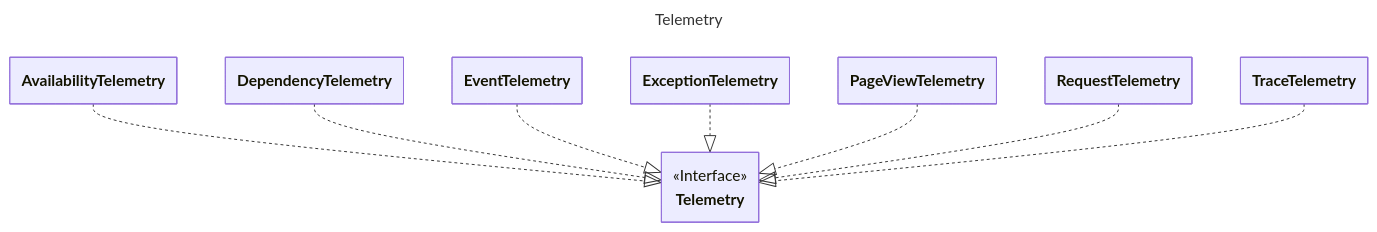
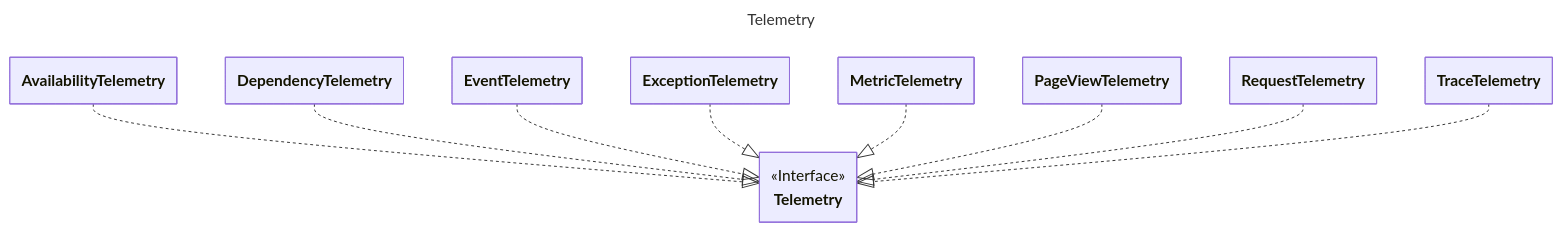
The diagram in readme.md (stas-sultanov/azure-monitor-telemetry-draft), drawn with Mermaid before and after one commit.

````diff
--- a/readme.md
+++ b/readme.md
@@ -16,54 +16,58 @@
 ```mermaid
 ---
-title: Telemetry
 config:
     class:
         hideEmptyMembersBox: true
+title: Telemetry
 ---
 classDiagram
     direction TB
 
     class Telemetry {
         <<Interface>>
     }
 
     class AvailabilityTelemetry {
     }
 
     class DependencyTelemetry {
     }
 
     class EventTelemetry {
     }
 
     class ExceptionTelemetry {
     }
 
+    class MetricTelemetry {
+    }
+
     class PageViewTelemetry {
     }
 
     class RequestTelemetry {
     }
 
     class TraceTelemetry {
     }
 
     AvailabilityTelemetry ..|> Telemetry
     DependencyTelemetry ..|> Telemetry
     EventTelemetry ..|> Telemetry
     ExceptionTelemetry ..|> Telemetry
+    MetricTelemetry ..|> Telemetry
     PageViewTelemetry ..|> Telemetry
     RequestTelemetry ..|> Telemetry
     TraceTelemetry ..|> Telemetry
 
     click Telemetry href "https://github.com/stas-sultanov/azure-monitor-telemetry/blob/main/src/Code/Telemetry.cs" "Telemetry"
     click AvailabilityTelemetry href "https://github.com/stas-sultanov/azure-monitor-telemetry/blob/main/src/Code/Types/AvailabilityTelemetry.cs" "AvailabilityTelemetry"
     click DependencyTelemetry href "https://github.com/stas-sultanov/azure-monitor-telemetry/blob/main/src/Code/Types/DependencyTelemetry.cs" "DependencyTelemetry"
     click EventTelemetry href "https://github.com/stas-sultanov/azure-monitor-telemetry/blob/main/src/Code/Types/EventTelemetry.cs" "EventTelemetry"
     click ExceptionTelemetry href "https://github.com/stas-sultanov/azure-monitor-telemetry/blob/main/src/Code/Types/ExceptionTelemetry.cs" "ExceptionTelemetry"
     click MetricTelemetry href "https://github.com/stas-sultanov/azure-monitor-telemetry/blob/main/src/Code/Types/MetricTelemetry.cs" "MetricTelemetry"
     click PageViewTelemetry href "https://github.com/stas-sultanov/azure-monitor-telemetry/blob/main/src/Code/Types/PageViewTelemetry.cs" "PageViewTelemetry"
     click RequestTelemetry href "https://github.com/stas-sultanov/azure-monitor-telemetry/blob/main/src/Code/Types/RequestTelemetry.cs" "RequestTelemetry"
     click TraceTelemetry href "https://github.com/stas-sultanov/azure-monitor-telemetry/blob/main/src/Code/Types/TraceTelemetry.cs" "TraceTelemetry"
 
 ```
````
